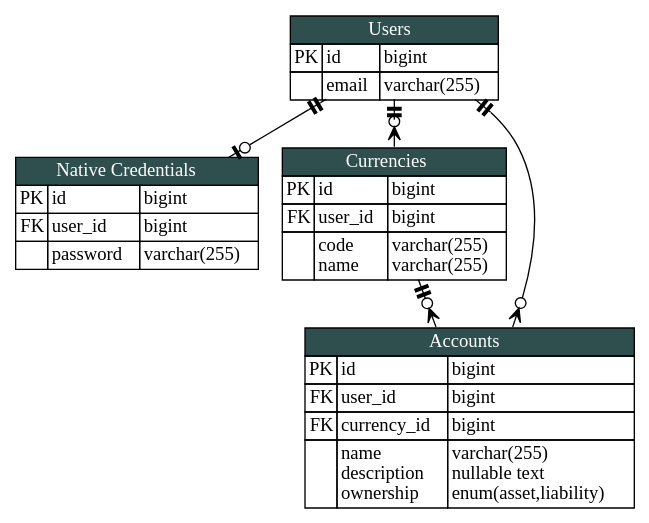
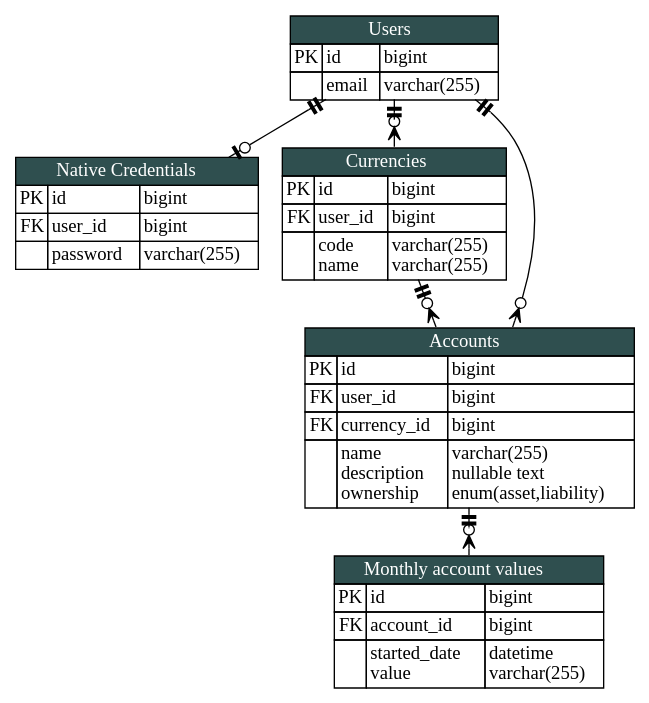
One commit to KennethTrecy/peratorakka_server changed the diagram in blueprint/erd.dot. Above: the diagram before and after it, drawn with Graphviz. The commit also changed 1 other file, not shown here.

Commit message:
docs(blueprint): include monthly account values in the ERD

```diff
--- a/blueprint/erd.dot
+++ b/blueprint/erd.dot
@@ -32,7 +32,6 @@
 			</table>
 			>
 		]
-
 		native_credentials [
 			label = <
 			<table cellspacing="0" border="0" cellborder="1">
@@ -140,6 +139,40 @@
 			</table>
 			>
 		]
+		monthly_account_values [
+			label = <
+			<table cellspacing="0" border="0" cellborder="1">
+				<tr>
+					<td colspan="3" bgcolor="darkslategray">
+						<font color="white">
+							Monthly account values
+						</font>
+					</td>
+				</tr>
+				<tr>
+					<td>PK</td>
+					<td align="left">id</td>
+					<td align="left">bigint</td>
+				</tr>
+				<tr>
+					<td>FK</td>
+					<td align="left">account_id</td>
+					<td align="left">bigint</td>
+				</tr>
+				<tr>
+					<td></td>
+					<td align="left">
+						started_date<br align="left"/>
+						value<br align="left"/>
+					</td>
+					<td align="left">
+						datetime<br align="left"/>
+						varchar(255)<br align="left"/>
+					</td>
+				</tr>
+			</table>
+			>
+		]
 	}
 
 	edge [ dir = "both" ]
@@ -163,5 +196,6 @@
 		users -> currencies
 		users -> accounts
 		currencies -> accounts
+		accounts -> monthly_account_values
 	}
 }
```
